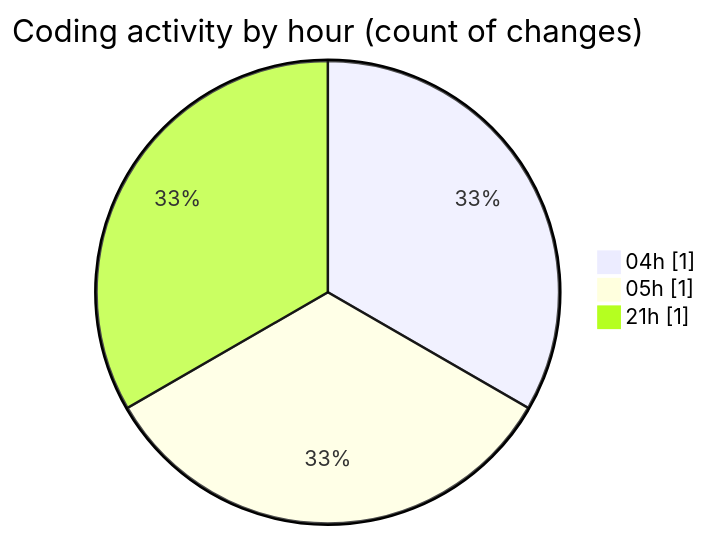
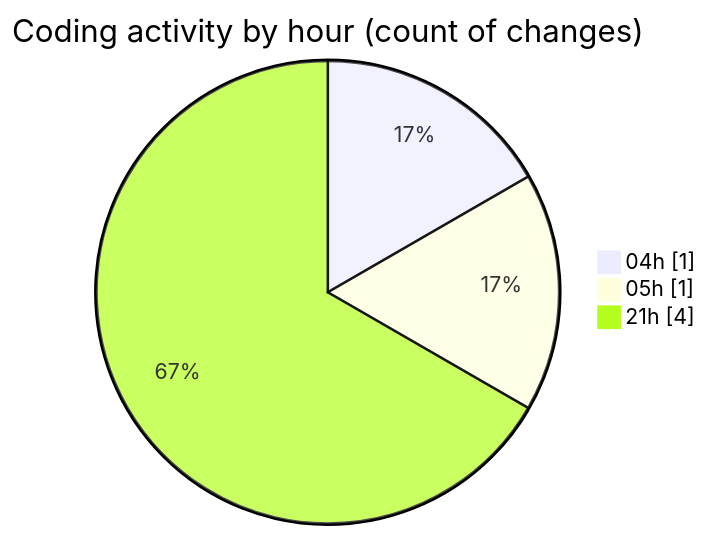
Before and after one commit to idhammustaqopulfikri/code-tracking: the second of 2 diagrams in 2025-03-26/autodidak/README.md, drawn with Mermaid. The commit also changed other lines of this file and 1 other file, not shown here.

````diff
--- a/2025-03-26/autodidak/README.md
+++ b/2025-03-26/autodidak/README.md
@@ -31,7 +34,7 @@
 ```mermaid
 pie showData
 title Coding activity by hour (count of changes)
 "04h" : 1
 "05h" : 1
-"21h" : 1
+"21h" : 4
 ```
````
